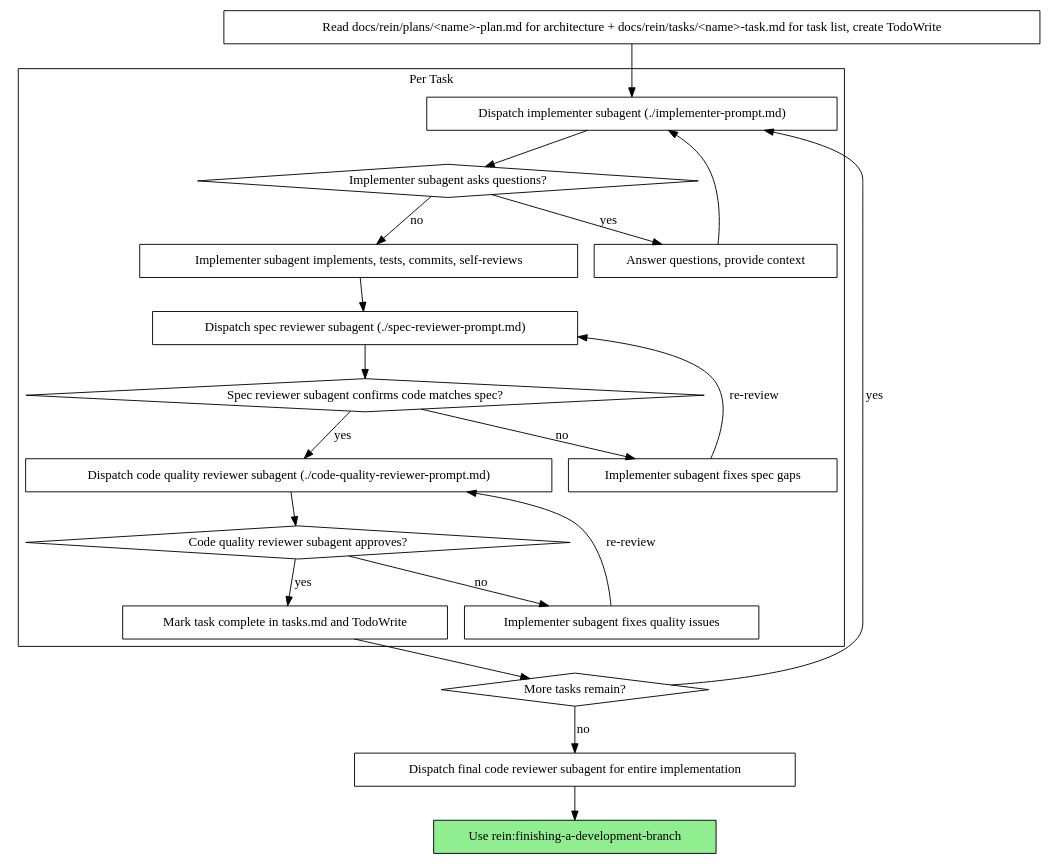
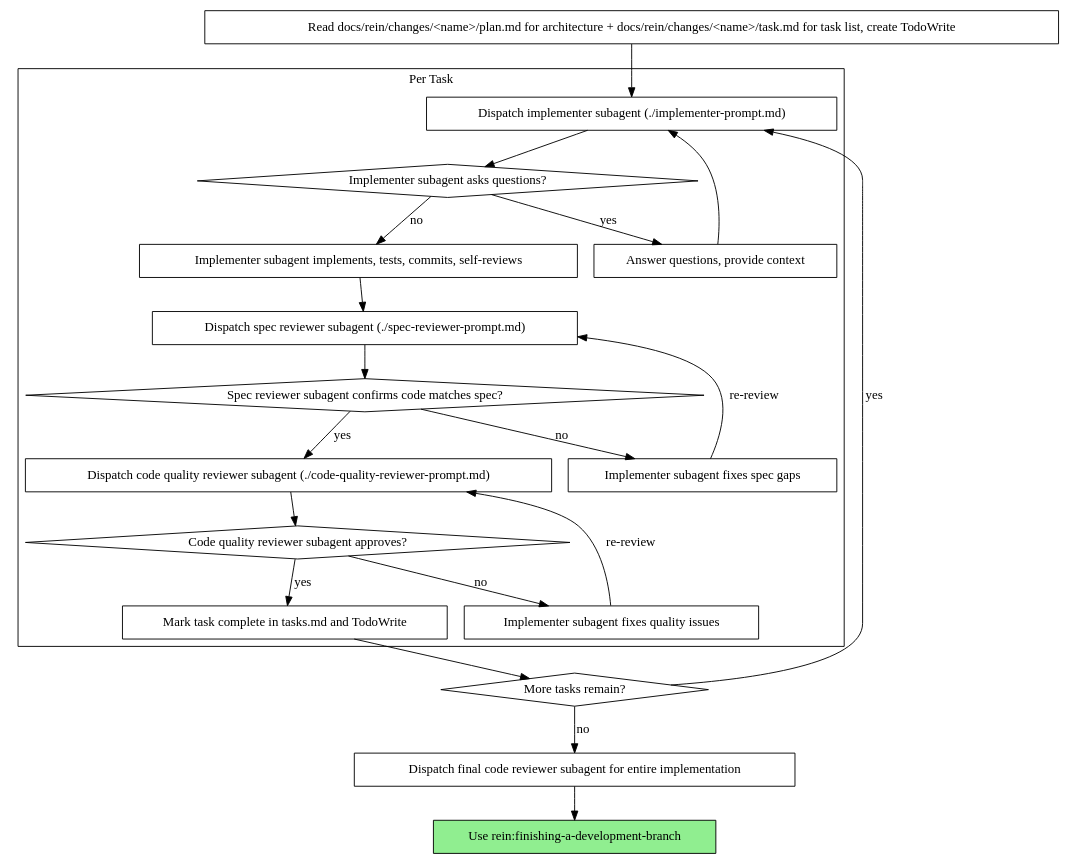
Before and after one commit to zhoupihua/rein: the second of 2 diagrams in skills/subagent/SKILL.md, drawn with Graphviz. The commit also changed other lines of this file and 23 other files, not shown here.

````diff
--- a/skills/subagent/SKILL.md
+++ b/skills/subagent/SKILL.md
@@ -42,44 +42,44 @@
 ```dot
 digraph process {
     rankdir=TB;
 
     subgraph cluster_per_task {
         label="Per Task";
         "Dispatch implementer subagent (./implementer-prompt.md)" [shape=box];
         "Implementer subagent asks questions?" [shape=diamond];
         "Answer questions, provide context" [shape=box];
         "Implementer subagent implements, tests, commits, self-reviews" [shape=box];
         "Dispatch spec reviewer subagent (./spec-reviewer-prompt.md)" [shape=box];
         "Spec reviewer subagent confirms code matches spec?" [shape=diamond];
         "Implementer subagent fixes spec gaps" [shape=box];
         "Dispatch code quality reviewer subagent (./code-quality-reviewer-prompt.md)" [shape=box];
         "Code quality reviewer subagent approves?" [shape=diamond];
         "Implementer subagent fixes quality issues" [shape=box];
         "Mark task complete in tasks.md and TodoWrite" [shape=box];
     }
 
-    "Read docs/rein/plans/<name>-plan.md for architecture + docs/rein/tasks/<name>-task.md for task list, create TodoWrite" [shape=box];
+    "Read docs/rein/changes/<name>/plan.md for architecture + docs/rein/changes/<name>/task.md for task list, create TodoWrite" [shape=box];
     "More tasks remain?" [shape=diamond];
     "Dispatch final code reviewer subagent for entire implementation" [shape=box];
     "Use rein:finishing-a-development-branch" [shape=box style=filled fillcolor=lightgreen];
 
-    "Read docs/rein/plans/<name>-plan.md for architecture + docs/rein/tasks/<name>-task.md for task list, create TodoWrite" -> "Dispatch implementer subagent (./implementer-prompt.md)";
+    "Read docs/rein/changes/<name>/plan.md for architecture + docs/rein/changes/<name>/task.md for task list, create TodoWrite" -> "Dispatch implementer subagent (./implementer-prompt.md)";
     "Dispatch implementer subagent (./implementer-prompt.md)" -> "Implementer subagent asks questions?";
     "Implementer subagent asks questions?" -> "Answer questions, provide context" [label="yes"];
     "Answer questions, provide context" -> "Dispatch implementer subagent (./implementer-prompt.md)";
     "Implementer subagent asks questions?" -> "Implementer subagent implements, tests, commits, self-reviews" [label="no"];
     "Implementer subagent implements, tests, commits, self-reviews" -> "Dispatch spec reviewer subagent (./spec-reviewer-prompt.md)";
     "Dispatch spec reviewer subagent (./spec-reviewer-prompt.md)" -> "Spec reviewer subagent confirms code matches spec?";
     "Spec reviewer subagent confirms code matches spec?" -> "Implementer subagent fixes spec gaps" [label="no"];
     "Implementer subagent fixes spec gaps" -> "Dispatch spec reviewer subagent (./spec-reviewer-prompt.md)" [label="re-review"];
     "Spec reviewer subagent confirms code matches spec?" -> "Dispatch code quality reviewer subagent (./code-quality-reviewer-prompt.md)" [label="yes"];
     "Dispatch code quality reviewer subagent (./code-quality-reviewer-prompt.md)" -> "Code quality reviewer subagent approves?";
     "Code quality reviewer subagent approves?" -> "Implementer subagent fixes quality issues" [label="no"];
     "Implementer subagent fixes quality issues" -> "Dispatch code quality reviewer subagent (./code-quality-reviewer-prompt.md)" [label="re-review"];
     "Code quality reviewer subagent approves?" -> "Mark task complete in tasks.md and TodoWrite" [label="yes"];
     "Mark task complete in tasks.md and TodoWrite" -> "More tasks remain?";
     "More tasks remain?" -> "Dispatch implementer subagent (./implementer-prompt.md)" [label="yes"];
     "More tasks remain?" -> "Dispatch final code reviewer subagent for entire implementation" [label="no"];
     "Dispatch final code reviewer subagent for entire implementation" -> "Use rein:finishing-a-development-branch";
 }
 ```
````
